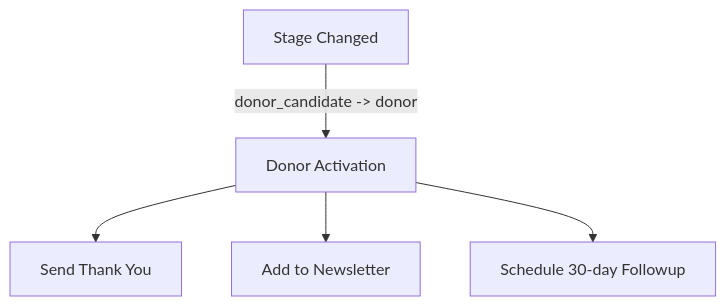
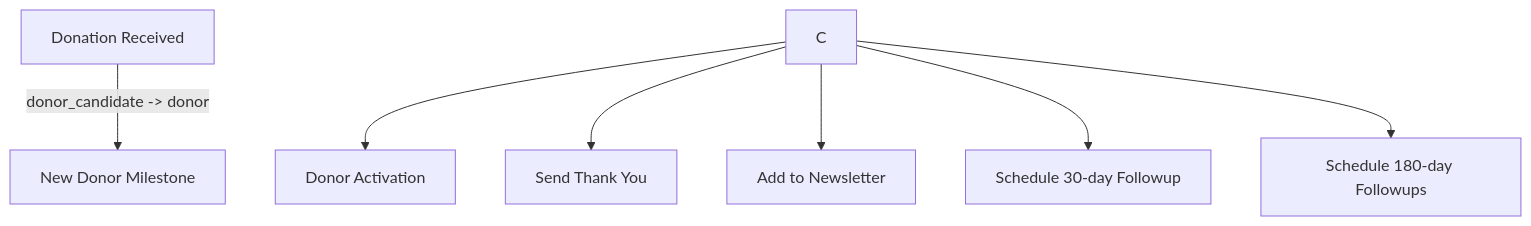
The second of 11 diagrams in app/Docs/Workflows.md (Apistolic/boh-larament), drawn with Mermaid before and after one commit. The commit also changed other lines of this file, not shown here.

````diff
--- a/app/Docs/Workflows.md
+++ b/app/Docs/Workflows.md
@@ -22,8 +32,10 @@
 ```mermaid
 flowchart TD
-    %% Donor Activation
-    F[Stage Changed] -->|donor_candidate -> donor| G[Donor Activation]
-    G --> H[Send Thank You]
-    G --> I[Add to Newsletter]
-    G --> J[Schedule 30-day Followup]
+    %% Donor Activation/Renewal
+    A[Donation Received] -->|donor_candidate -> donor| B[New Donor Milestone]
+    C --> D[Donor Activation]
+    C --> E[Send Thank You]
+    C --> F[Add to Newsletter]
+    C --> G[Schedule 30-day Followup]
+    C --> H[Schedule 180-day Followups]
 ```
````
